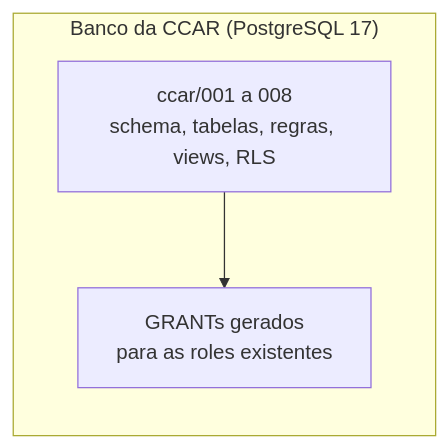
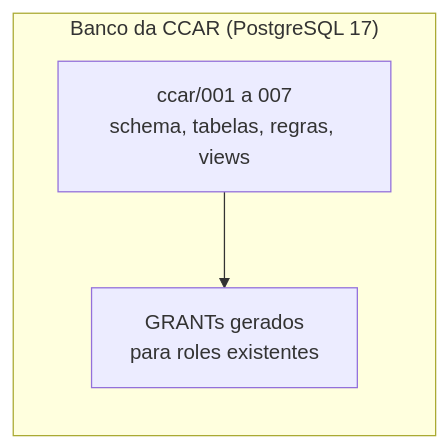
The diagram in feixe/db/README-DBA.md (paschendale/feixe), drawn with Mermaid before and after one commit. The commit also changed other lines of this file and 5 other files, not shown here.

First line of the commit message:
refactor(db): sem RLS nesta versão; GRANTs em perfil único para roles escolhidas pela DBA

````diff
--- a/feixe/db/README-DBA.md
+++ b/feixe/db/README-DBA.md
@@ -5,6 +5,6 @@
 ```mermaid
 flowchart LR
   subgraph ccar["Banco da CCAR (PostgreSQL 17)"]
-    c1["ccar/001 a 008<br/>schema, tabelas, regras, views, RLS"] --> c2["GRANTs gerados<br/>para as roles existentes"]
+    c1["ccar/001 a 007<br/>schema, tabelas, regras, views"] --> c2["GRANTs gerados<br/>para roles existentes"]
   end
 ```
````
